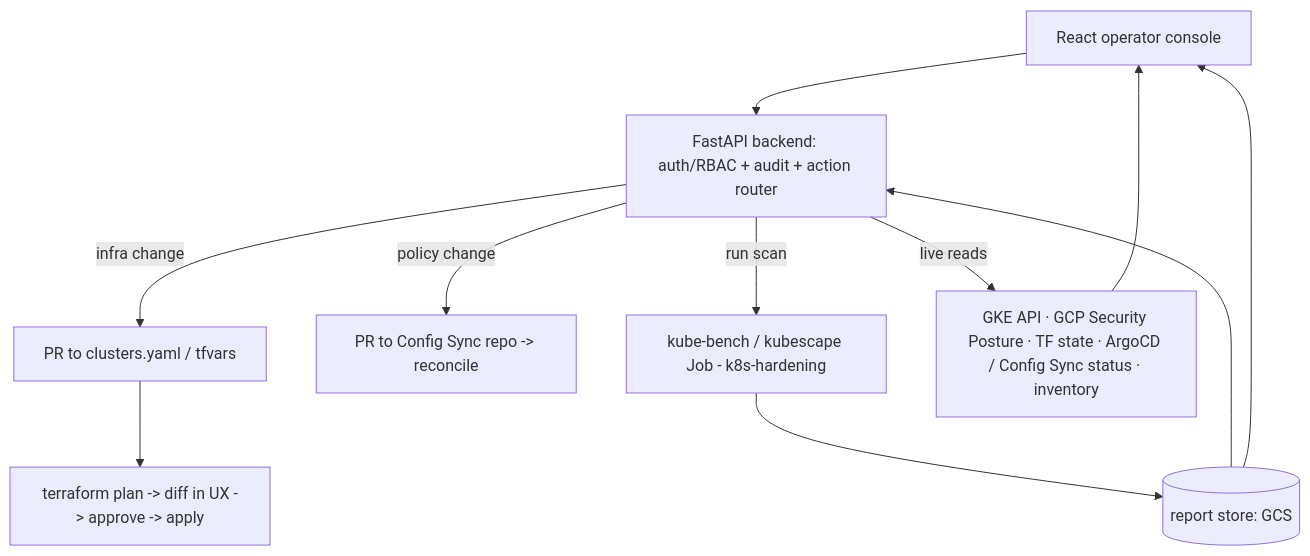
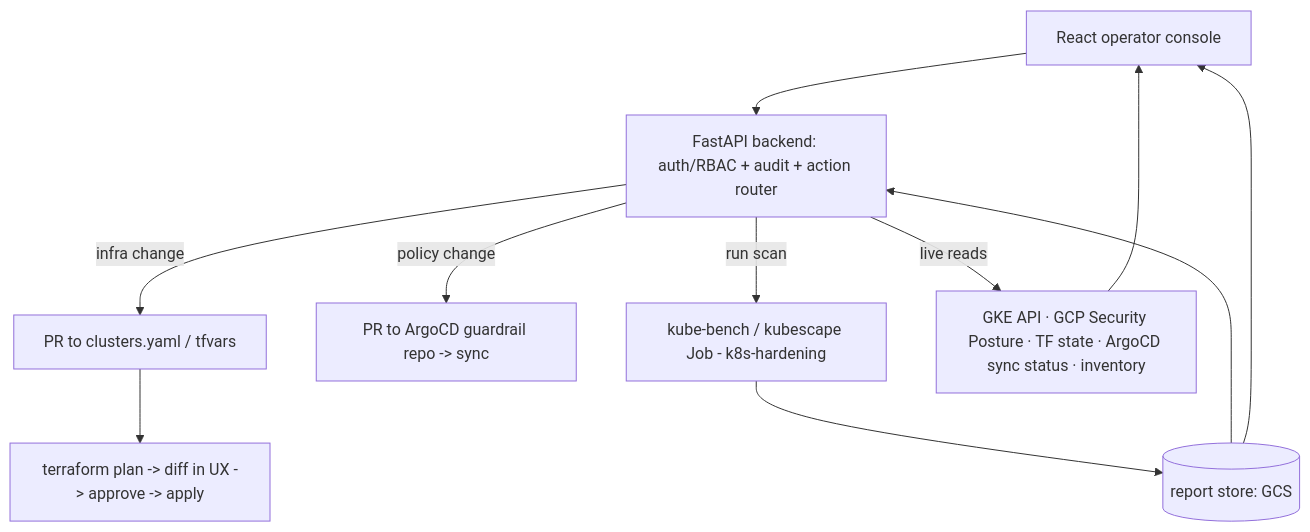
Before and after one commit to kg-aifabrik/research: the diagram in iac-k8s/05-operator-console.md, drawn with Mermaid. The commit also changed other lines of this file and 8 other files, not shown here.

Commit message:
D10: ArgoCD as single GitOps engine — drop Config Sync across all reports + diagram

````diff
--- a/iac-k8s/05-operator-console.md
+++ b/iac-k8s/05-operator-console.md
@@ -29,13 +29,13 @@
 ```mermaid
 flowchart TD
   UX[React operator console] --> API[FastAPI backend: auth/RBAC + audit + action router]
   API -->|infra change| GIT[PR to clusters.yaml / tfvars]
   GIT --> TF[terraform plan -> diff in UX -> approve -> apply]
-  API -->|policy change| CS[PR to Config Sync repo -> reconcile]
+  API -->|policy change| CS[PR to ArgoCD guardrail repo -> sync]
   API -->|run scan| JOB[kube-bench / kubescape Job - k8s-hardening]
   JOB --> ART[(report store: GCS)]
   ART --> API
-  API -->|live reads| SRC[GKE API · GCP Security Posture · TF state · ArgoCD / Config Sync status · inventory]
+  API -->|live reads| SRC[GKE API · GCP Security Posture · TF state · ArgoCD sync status · inventory]
   SRC --> UX
   ART --> UX
 ```
````
